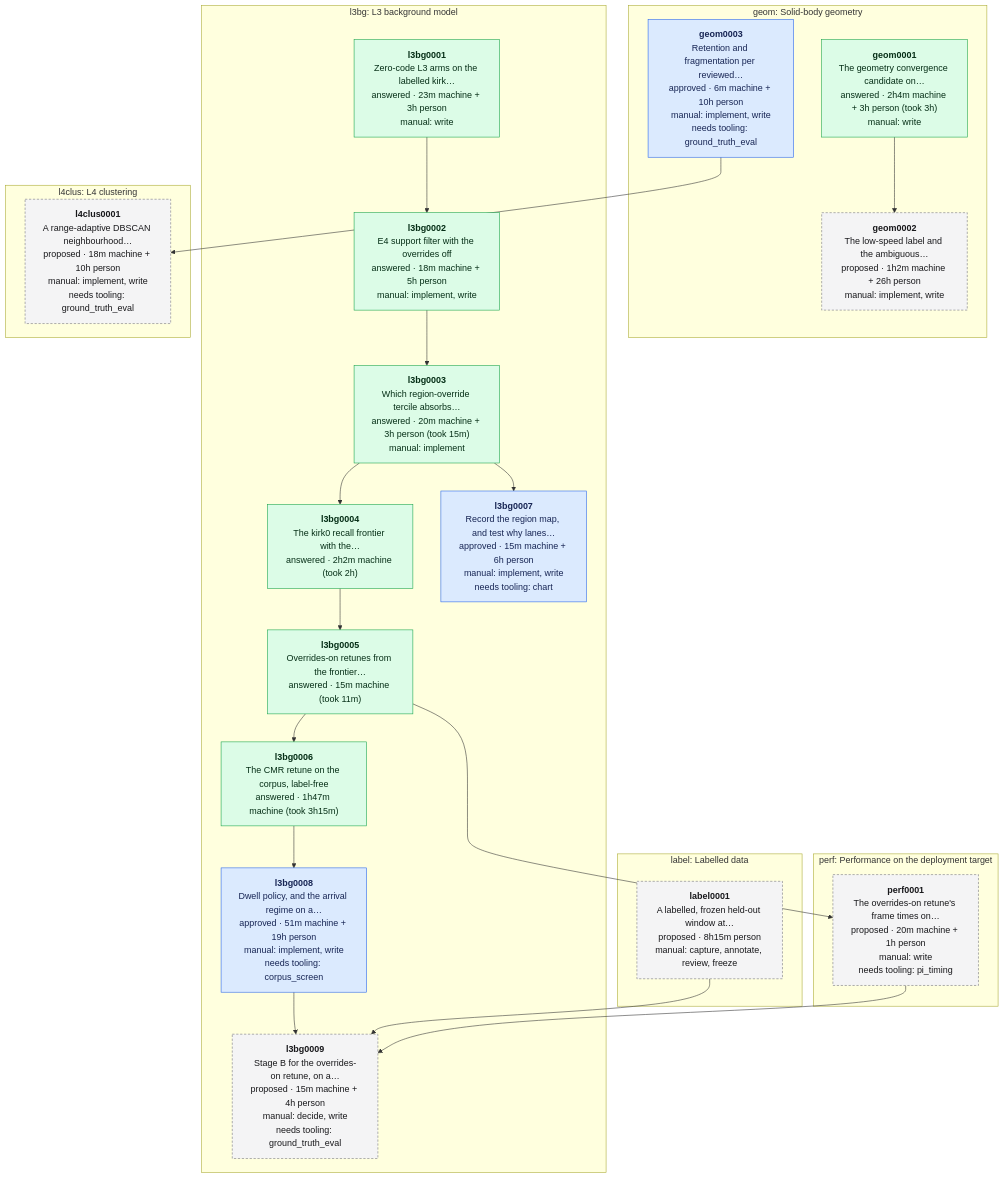
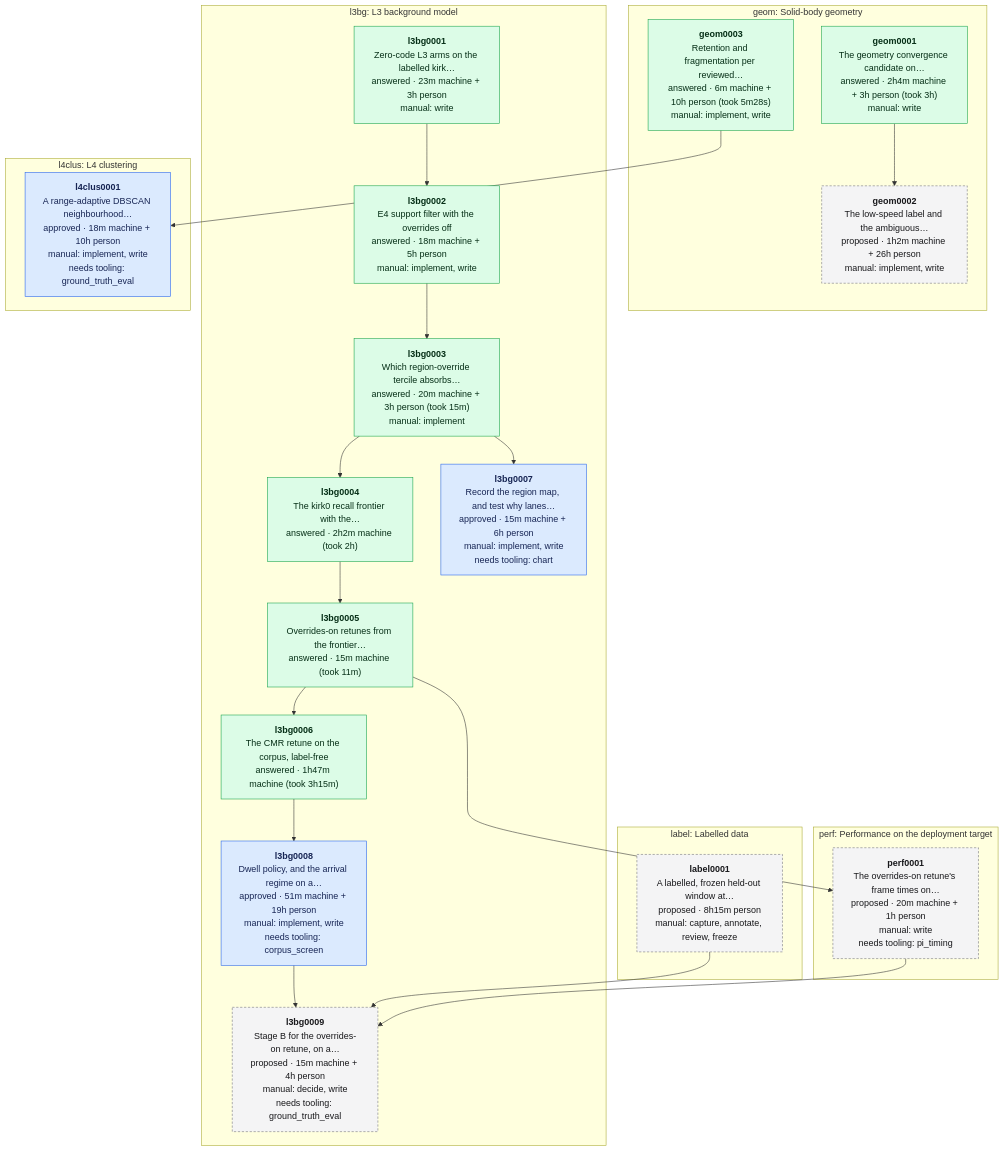
The diagram in data/experiments/DEPENDENCIES.md (banshee-data/velocity.report), drawn with Mermaid before and after one commit. The commit also changed other lines of this file and 5 other files, not shown here.

First line of the commit message:
[ai][docs] W3 retention and fragmentation on kirk0: geom0003 answered; l4clus0001 approved

````diff
--- a/data/experiments/DEPENDENCIES.md
+++ b/data/experiments/DEPENDENCIES.md
@@ -7,45 +7,45 @@
 ```mermaid
 flowchart TB
   classDef proposed fill:#f4f4f5,stroke:#71717a,stroke-dasharray:4 3,color:#18181b
   classDef approved fill:#dbeafe,stroke:#2563eb,color:#172554
   classDef answered fill:#dcfce7,stroke:#16a34a,color:#052e16
   classDef retired fill:#fafafa,stroke:#d4d4d8,color:#71717a
   subgraph area_geom ["geom: Solid-body geometry"]
     geom0001["<b>geom0001</b><br/>The geometry convergence candidate on…<br/>answered · 2h4m machine + 3h person (took 3h)<br/>manual: write"]:::answered
     geom0002["<b>geom0002</b><br/>The low-speed label and the ambiguous…<br/>proposed · 1h2m machine + 26h person<br/>manual: implement, write"]:::proposed
-    geom0003["<b>geom0003</b><br/>Retention and fragmentation per reviewed…<br/>approved · 6m machine + 10h person<br/>manual: implement, write<br/>needs tooling: ground_truth_eval"]:::approved
+    geom0003["<b>geom0003</b><br/>Retention and fragmentation per reviewed…<br/>answered · 6m machine + 10h person (took 5m28s)<br/>manual: implement, write"]:::answered
   end
   subgraph area_l3bg ["l3bg: L3 background model"]
     l3bg0001["<b>l3bg0001</b><br/>Zero-code L3 arms on the labelled kirk…<br/>answered · 23m machine + 3h person<br/>manual: write"]:::answered
     l3bg0002["<b>l3bg0002</b><br/>E4 support filter with the overrides off<br/>answered · 18m machine + 5h person<br/>manual: implement, write"]:::answered
     l3bg0003["<b>l3bg0003</b><br/>Which region-override tercile absorbs…<br/>answered · 20m machine + 3h person (took 15m)<br/>manual: implement"]:::answered
     l3bg0004["<b>l3bg0004</b><br/>The kirk0 recall frontier with the…<br/>answered · 2h2m machine (took 2h)"]:::answered
     l3bg0005["<b>l3bg0005</b><br/>Overrides-on retunes from the frontier…<br/>answered · 15m machine (took 11m)"]:::answered
     l3bg0006["<b>l3bg0006</b><br/>The CMR retune on the corpus, label-free<br/>answered · 1h47m machine (took 3h15m)"]:::answered
     l3bg0007["<b>l3bg0007</b><br/>Record the region map, and test why lanes…<br/>approved · 15m machine + 6h person<br/>manual: implement, write<br/>needs tooling: chart"]:::approved
     l3bg0008["<b>l3bg0008</b><br/>Dwell policy, and the arrival regime on a…<br/>approved · 51m machine + 19h person<br/>manual: implement, write<br/>needs tooling: corpus_screen"]:::approved
     l3bg0009["<b>l3bg0009</b><br/>Stage B for the overrides-on retune, on a…<br/>proposed · 15m machine + 4h person<br/>manual: decide, write<br/>needs tooling: ground_truth_eval"]:::proposed
   end
   subgraph area_l4clus ["l4clus: L4 clustering"]
-    l4clus0001["<b>l4clus0001</b><br/>A range-adaptive DBSCAN neighbourhood…<br/>proposed · 18m machine + 10h person<br/>manual: implement, write<br/>needs tooling: ground_truth_eval"]:::proposed
+    l4clus0001["<b>l4clus0001</b><br/>A range-adaptive DBSCAN neighbourhood…<br/>approved · 18m machine + 10h person<br/>manual: implement, write<br/>needs tooling: ground_truth_eval"]:::approved
   end
   subgraph area_label ["label: Labelled data"]
     label0001["<b>label0001</b><br/>A labelled, frozen held-out window at…<br/>proposed · 8h15m person<br/>manual: capture, annotate, review, freeze"]:::proposed
   end
   subgraph area_perf ["perf: Performance on the deployment target"]
     perf0001["<b>perf0001</b><br/>The overrides-on retune's frame times on…<br/>proposed · 20m machine + 1h person<br/>manual: write<br/>needs tooling: pi_timing"]:::proposed
   end
   geom0001 --> geom0002
   l3bg0001 --> l3bg0002
   l3bg0002 --> l3bg0003
   l3bg0003 --> l3bg0004
   l3bg0004 --> l3bg0005
   l3bg0005 --> l3bg0006
   l3bg0003 --> l3bg0007
   l3bg0006 --> l3bg0008
   l3bg0008 --> l3bg0009
   label0001 --> l3bg0009
   perf0001 --> l3bg0009
   geom0003 --> l4clus0001
   l3bg0005 --> perf0001
 ```
````
